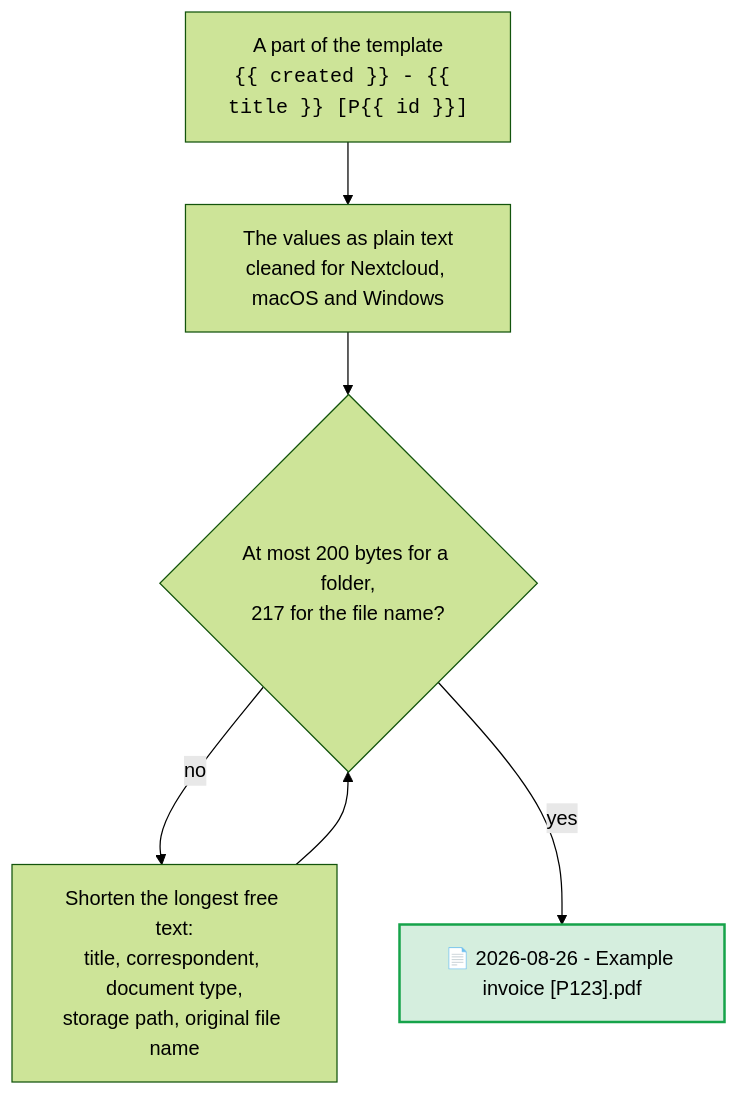
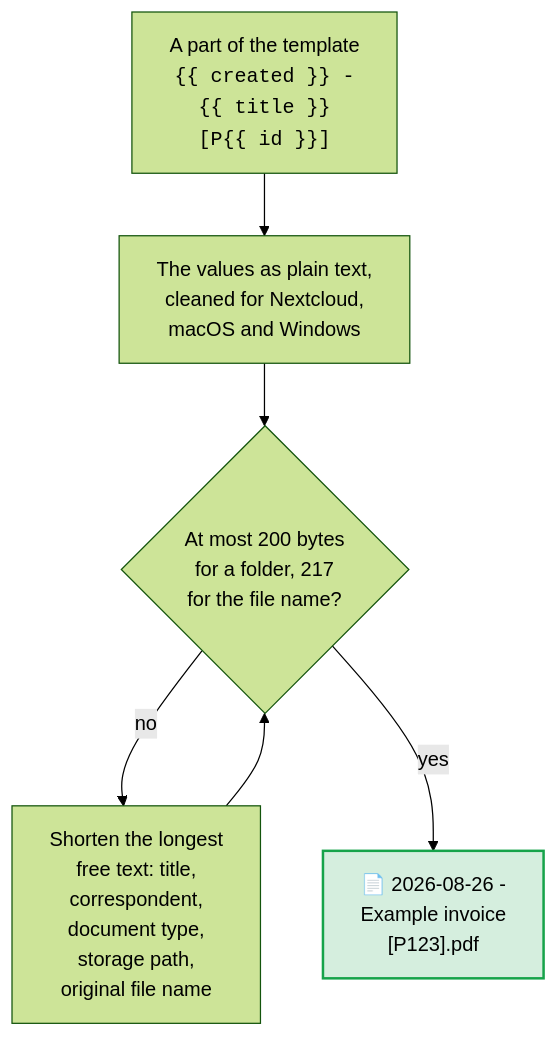
One commit to Dennis-Otto/paperless-sync changed the third of 7 diagrams in README.md. Above: the diagram before and after it, drawn with Mermaid (forest theme). The commit also changed other lines of this file and 4 other files, not shown here.

First line of the commit message:
docs: readable and accessible diagrams on the website (#100)

````diff
--- a/README.md
+++ b/README.md
@@ -182,18 +219,18 @@
 ```mermaid
 flowchart TB
     accTitle: How a part of the path is built
     accDescr: The values go into the part of the template as plain text and the part is cleaned. While it has more bytes than Nextcloud allows, the longest of the free-text values is shortened, so that the text of the template, the dates, the marker and the extension stay whole. The file name then ends with the extension.
 
-    part["A part of the template<br><code>{{ created }} - {{ title }} [P{{ id }}]</code>"]
-    values["The values as plain text<br>cleaned for Nextcloud, macOS and Windows"]
-    fits{"At most 200 bytes for a folder,<br>217 for the file name?"}
-    shorten["Shorten the longest free text:<br>title, correspondent, document type,<br>storage path, original file name"]
-    name["📄 2026-08-26 - Example invoice [P123].pdf"]
+    part["A part of the template<br><code>{{ created }} -<br>{{ title }}<br>[P{{ id }}]</code>"]
+    values["The values as plain text,<br>cleaned for Nextcloud,<br>macOS and Windows"]
+    fits{"At most 200 bytes<br>for a folder, 217<br>for the file name?"}
+    shorten["Shorten the longest<br>free text: title,<br>correspondent,<br>document type,<br>storage path,<br>original file name"]
+    name["📄 2026-08-26 -<br>Example invoice<br>[P123].pdf"]
 
     part --> values --> fits
     fits -- "no" --> shorten --> fits
     fits -- "yes" --> name
 
     classDef done fill:#16a34a2e,stroke:#16a34a,stroke-width:2px
     class name done
 ```
````
